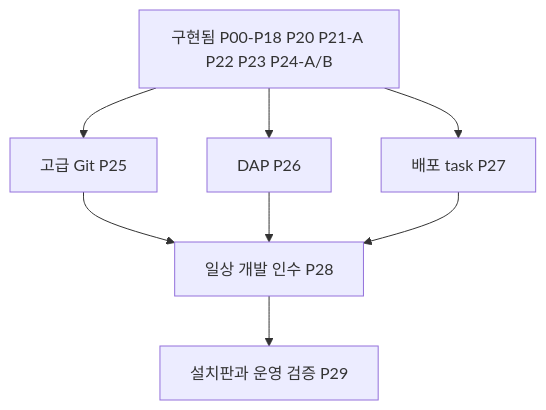
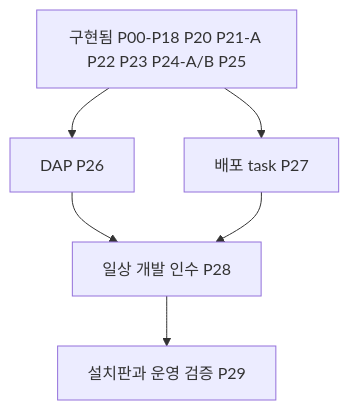
Before and after one commit to fromiron/corral: the diagram in docs/plans/workbench-development-implementation-plan-2026-10-21.md, drawn with Mermaid. The commit also changed other lines of this file and 34 other files, not shown here.

````diff
--- a/docs/plans/workbench-development-implementation-plan-2026-10-21.md
+++ b/docs/plans/workbench-development-implementation-plan-2026-10-21.md
@@ -191,10 +187,8 @@
 ```mermaid
 flowchart TD
-  DONE[구현됨 P00-P18 P20 P21-A P22 P23 P24-A/B] --> GIT[고급 Git P25]
-  DONE --> DEBUG[DAP P26]
+  DONE[구현됨 P00-P18 P20 P21-A P22 P23 P24-A/B P25] --> DEBUG[DAP P26]
   DONE --> DEPLOY[배포 task P27]
-  GIT --> G4[일상 개발 인수 P28]
-  DEBUG --> G4
+  DEBUG --> G4[일상 개발 인수 P28]
   DEPLOY --> G4
   G4 --> G5[설치판과 운영 검증 P29]
 ```
````
